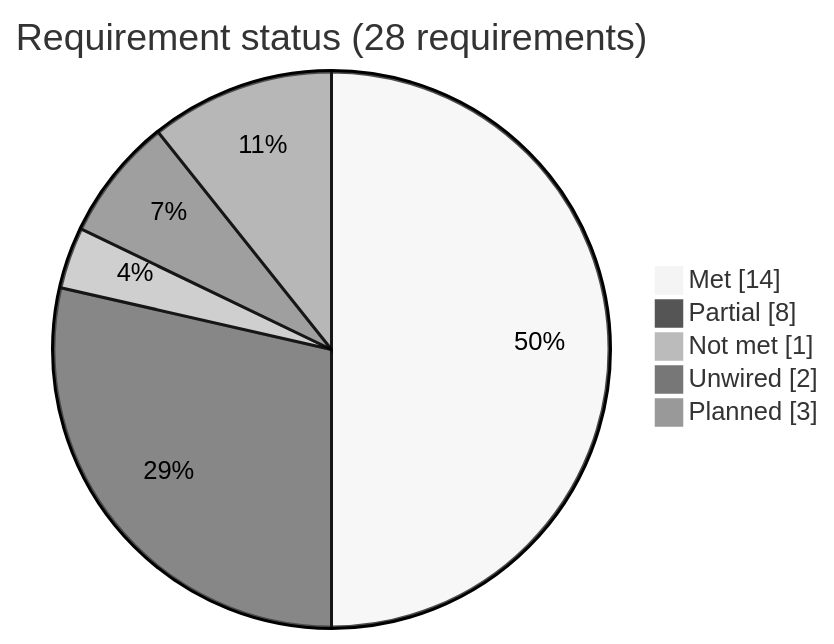
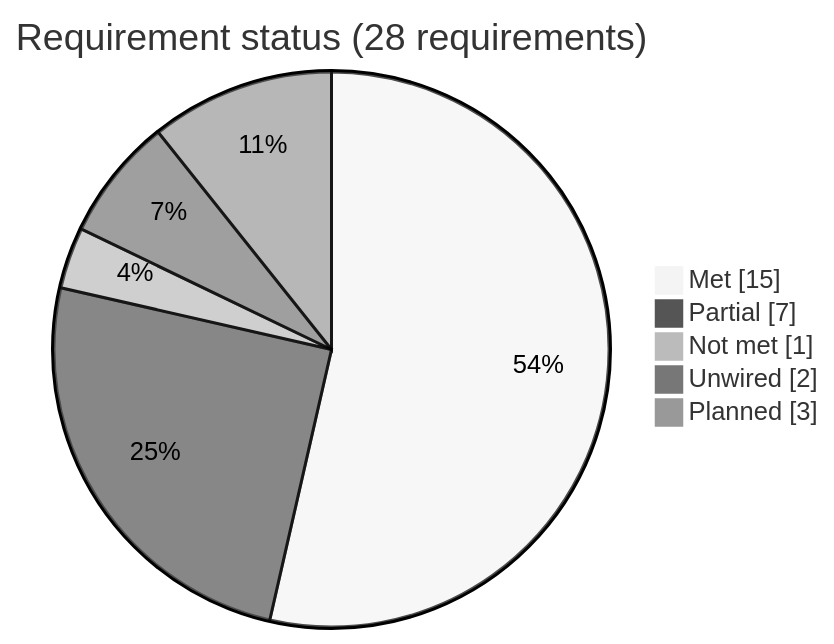
The second of 3 diagrams in docs/REVIEW.md (winfrees/drive-fusion), drawn with Mermaid (neutral theme) before and after one commit. The commit also changed other lines of this file and 29 other files, not shown here.

````diff
--- a/docs/REVIEW.md
+++ b/docs/REVIEW.md
@@ -164,9 +164,9 @@
 ```mermaid
 pie showData
     title Requirement status (28 requirements)
-    "Met" : 14
-    "Partial" : 8
+    "Met" : 15
+    "Partial" : 7
     "Not met" : 1
     "Unwired" : 2
     "Planned" : 3
 ```
````
